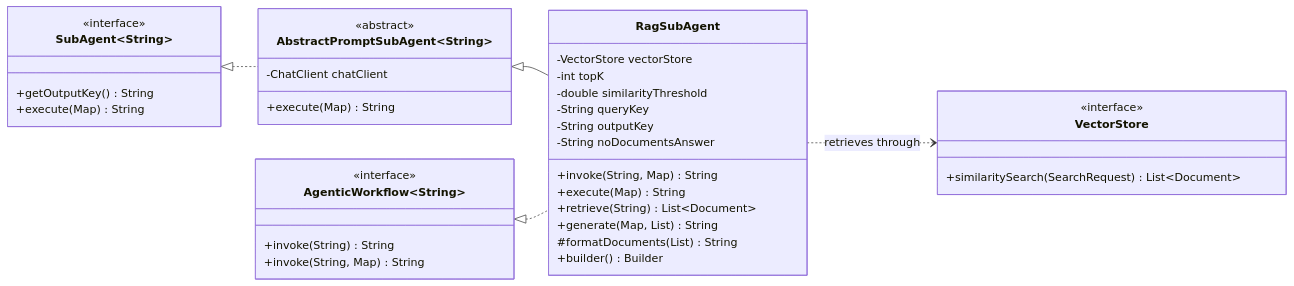
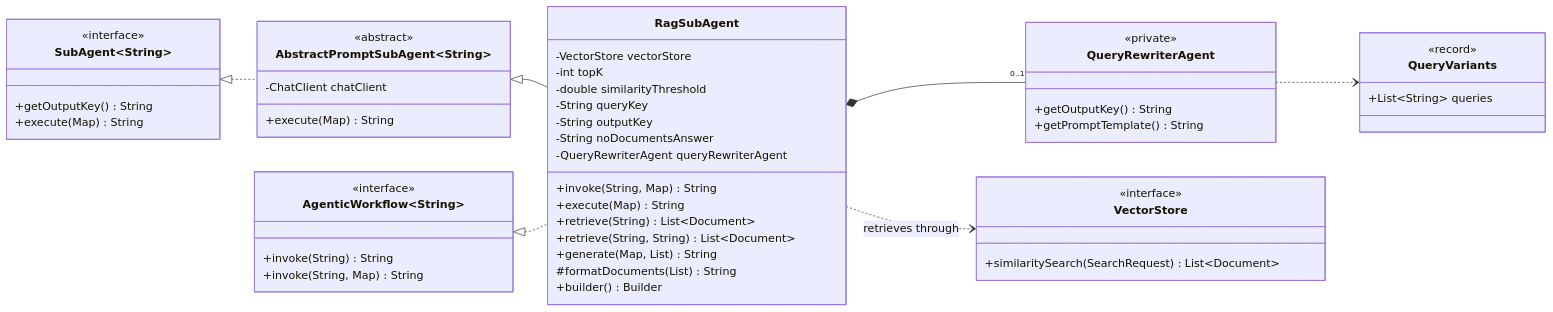
Before and after one commit to ronaldwkcheng/agent-api: the first of 2 diagrams in api/docs/rag-sub-agent.md, drawn with Mermaid. The commit also changed other lines of this file and 7 other files, not shown here.

First line of the commit message:
Add query rewriting/multi-query and metadata filter to RagSubAgent (ENHANCEMENTS 2.6)

````diff
--- a/api/docs/rag-sub-agent.md
+++ b/api/docs/rag-sub-agent.md
@@ -32,47 +32,63 @@
 ```mermaid
 classDiagram
     direction LR
 
     class AgenticWorkflow~String~ {
         <<interface>>
         +invoke(String) String
         +invoke(String, Map) String
     }
 
     class SubAgent~String~ {
         <<interface>>
         +getOutputKey() String
         +execute(Map) String
     }
 
     class AbstractPromptSubAgent~String~ {
         <<abstract>>
         -ChatClient chatClient
         +execute(Map) String
     }
 
     class RagSubAgent {
         -VectorStore vectorStore
         -int topK
         -double similarityThreshold
         -String queryKey
         -String outputKey
         -String noDocumentsAnswer
+        -QueryRewriterAgent queryRewriterAgent
         +invoke(String, Map) String
         +execute(Map) String
         +retrieve(String) List~Document~
+        +retrieve(String, String) List~Document~
         +generate(Map, List) String
         #formatDocuments(List) String
         +builder() Builder
     }
+
+    class QueryVariants {
+        <<record>>
+        +List~String~ queries
+    }
+
+    class QueryRewriterAgent {
+        <<private>>
+        +getOutputKey() String
+        +getPromptTemplate() String
+    }
+
+    RagSubAgent *-- "0..1" QueryRewriterAgent
+    QueryRewriterAgent ..> QueryVariants
 
     class VectorStore {
         <<interface>>
         +similaritySearch(SearchRequest) List~Document~
     }
 
     SubAgent <|.. AbstractPromptSubAgent
     AbstractPromptSubAgent <|-- RagSubAgent
     AgenticWorkflow <|.. RagSubAgent
     RagSubAgent ..> VectorStore : retrieves through
 ```
````
